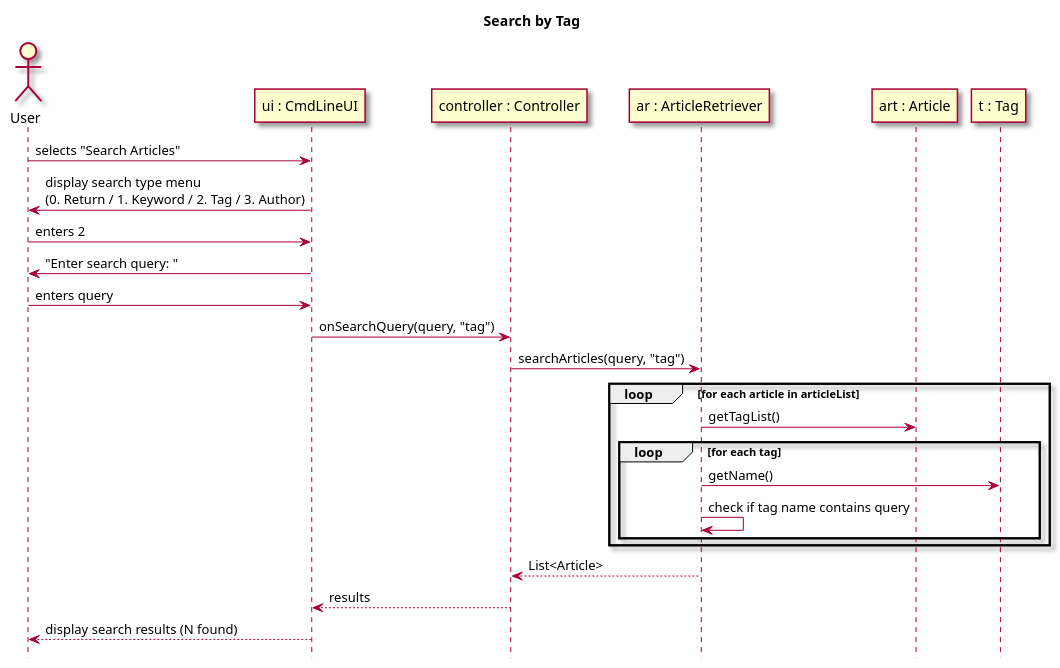
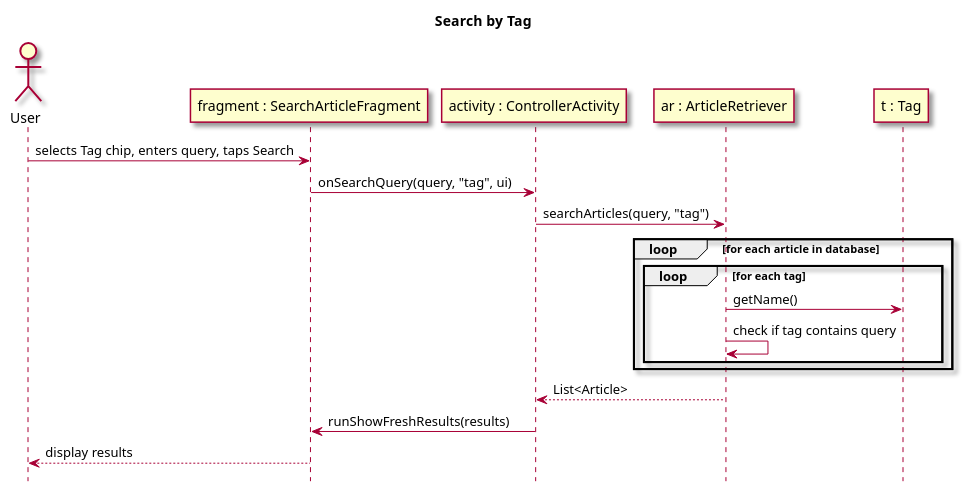
One commit to owhitleym-ui/EcoScoop changed the third of 6 diagrams in intellij/doc/use-cases/search-article.md. Above: the diagram before and after it, drawn with PlantUML. The commit also changed other lines of this file and 12 other files, not shown here.

Commit message:
Updated documentation, class diagram, use cases, and readme

````diff
--- a/intellij/doc/use-cases/search-article.md
+++ b/intellij/doc/use-cases/search-article.md
@@ -107,35 +94,29 @@
 ```plantuml
 @startuml
 skin rose
 hide footbox
 title Search by Tag
 
 actor User as user
-participant "ui : CmdLineUI" as UI
-participant "controller : Controller" as controller
+participant "fragment : SearchArticleFragment" as UI
+participant "activity : ControllerActivity" as controller
 participant "ar : ArticleRetriever" as AR
-participant "art : Article" as article
 participant "t : Tag" as tag
 
-user -> UI : selects "Search Articles"
-UI -> user : display search type menu\n(0. Return / 1. Keyword / 2. Tag / 3. Author)
-user -> UI : enters 2
-UI -> user : "Enter search query: "
-user -> UI : enters query
-UI -> controller : onSearchQuery(query, "tag")
+user -> UI : selects Tag chip, enters query, taps Search
+UI -> controller : onSearchQuery(query, "tag", ui)
 controller -> AR : searchArticles(query, "tag")
 
-loop for each article in articleList
-  AR -> article : getTagList()
+loop for each article in database
   loop for each tag
     AR -> tag : getName()
-    AR -> AR : check if tag name contains query
+    AR -> AR : check if tag contains query
   end
 end
 
 AR --> controller : List<Article>
-controller --> UI : results
-UI --> user : display search results (N found)
+controller -> UI : runShowFreshResults(results)
+UI --> user : display results
 
 @enduml
 ```
````
